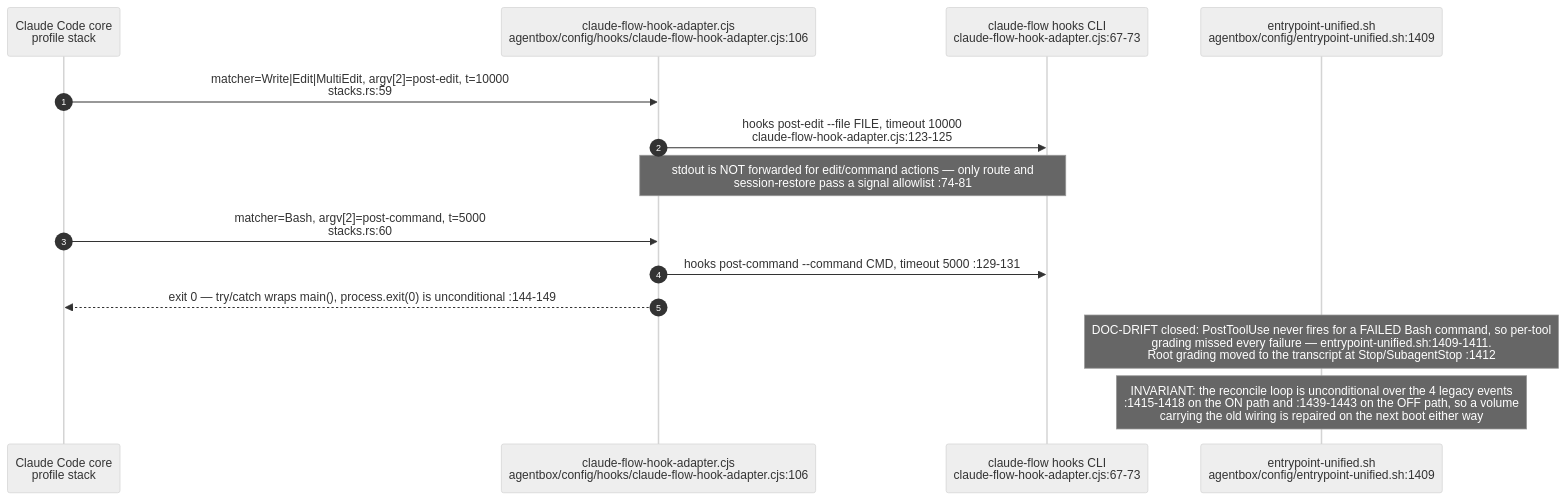
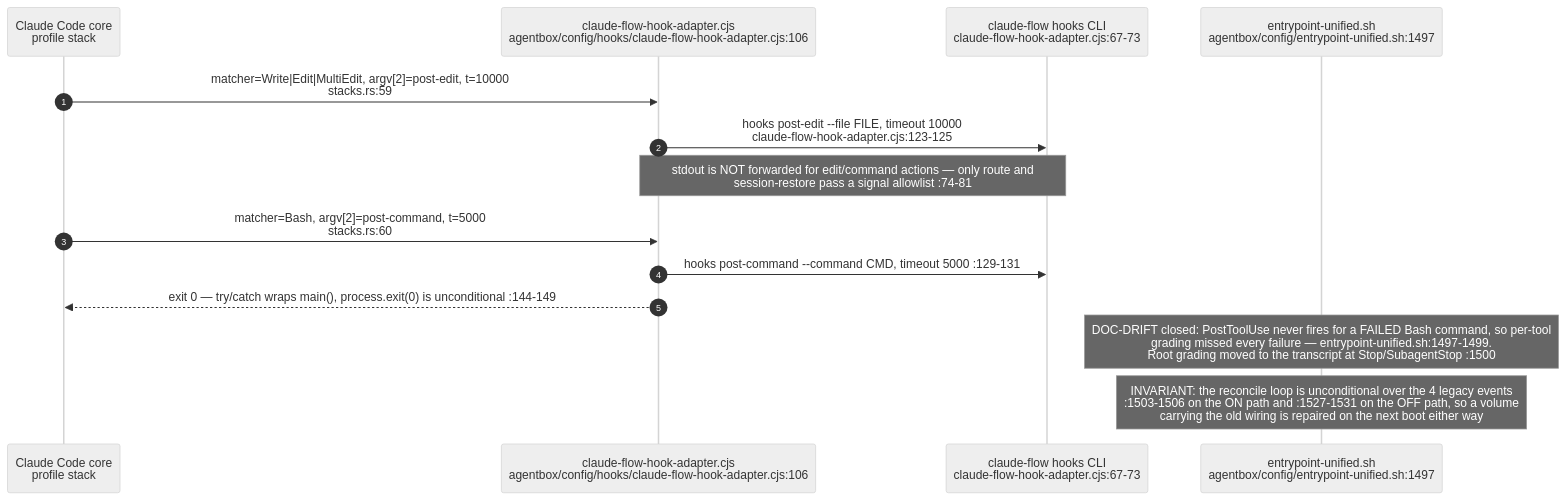
Before and after one commit to DreamLab-AI/VisionFlow: the fourth of 15 diagrams in docs/diagrams/agentbox/08-hooks-pipeline.md, drawn with Mermaid (neutral theme). The commit also changed other lines of this file and 28 other files, not shown here.

````diff
--- a/docs/diagrams/agentbox/08-hooks-pipeline.md
+++ b/docs/diagrams/agentbox/08-hooks-pipeline.md
@@ -153,17 +156,17 @@
 ```mermaid
 sequenceDiagram
     autonumber
     participant CC as Claude Code core<br/>profile stack
     participant AD as claude-flow-hook-adapter.cjs<br/>agentbox/config/hooks/claude-flow-hook-adapter.cjs:106
     participant CLI as claude-flow hooks CLI<br/>claude-flow-hook-adapter.cjs:67-73
-    participant EP as entrypoint-unified.sh<br/>agentbox/config/entrypoint-unified.sh:1409
+    participant EP as entrypoint-unified.sh<br/>agentbox/config/entrypoint-unified.sh:1497
 
     CC->>AD: matcher=Write#124;Edit#124;MultiEdit, argv#91;2#93;=post-edit, t=10000<br/>stacks.rs:59
     AD->>CLI: hooks post-edit --file FILE, timeout 10000<br/>claude-flow-hook-adapter.cjs:123-125
     Note over AD,CLI: stdout is NOT forwarded for edit/command actions — only route and<br/>session-restore pass a signal allowlist :74-81
     CC->>AD: matcher=Bash, argv#91;2#93;=post-command, t=5000<br/>stacks.rs:60
     AD->>CLI: hooks post-command --command CMD, timeout 5000 :129-131
     AD-->>CC: exit 0 — try/catch wraps main#40;#41;, process.exit#40;0#41; is unconditional :144-149
-    Note over EP: DOC-DRIFT closed: PostToolUse never fires for a FAILED Bash command, so per-tool<br/>grading missed every failure — entrypoint-unified.sh:1409-1411.<br/>Root grading moved to the transcript at Stop/SubagentStop :1412
-    Note over EP: INVARIANT: the reconcile loop is unconditional over the 4 legacy events<br/>:1415-1418 on the ON path and :1439-1443 on the OFF path, so a volume<br/>carrying the old wiring is repaired on the next boot either way
+    Note over EP: DOC-DRIFT closed: PostToolUse never fires for a FAILED Bash command, so per-tool<br/>grading missed every failure — entrypoint-unified.sh:1497-1499.<br/>Root grading moved to the transcript at Stop/SubagentStop :1500
+    Note over EP: INVARIANT: the reconcile loop is unconditional over the 4 legacy events<br/>:1503-1506 on the ON path and :1527-1531 on the OFF path, so a volume<br/>carrying the old wiring is repaired on the next boot either way
 ```
````
